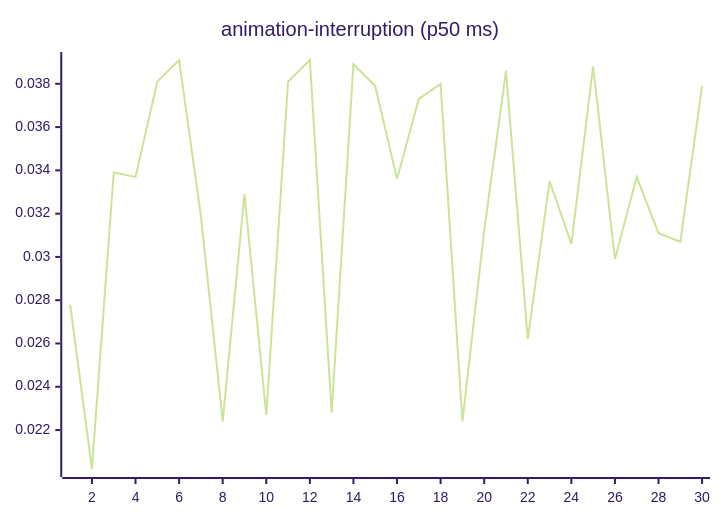
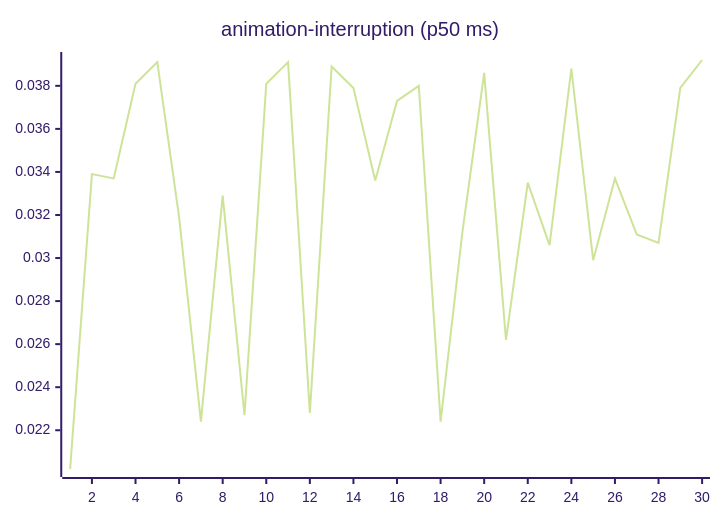
The third of 27 diagrams in README.md (josha/Facet), drawn with Mermaid (forest theme) before and after one commit. The commit also changed other lines of this file and 2 other files, not shown here.

````diff
--- a/README.md
+++ b/README.md
@@ -77,6 +77,6 @@
 ```mermaid
 xychart-beta
     title "animation-interruption (p50 ms)"
     x-axis 1 --> 30
-    line [0.0278, 0.0202, 0.0339, 0.0337, 0.0381, 0.0391, 0.0319, 0.0224, 0.0329, 0.0227, 0.0381, 0.0391, 0.0228, 0.0389, 0.0379, 0.0336, 0.0373, 0.0380, 0.0224, 0.0312, 0.0386, 0.0262, 0.0335, 0.0306, 0.0388, 0.0299, 0.0337, 0.0311, 0.0307, 0.0379]
+    line [0.0202, 0.0339, 0.0337, 0.0381, 0.0391, 0.0319, 0.0224, 0.0329, 0.0227, 0.0381, 0.0391, 0.0228, 0.0389, 0.0379, 0.0336, 0.0373, 0.0380, 0.0224, 0.0312, 0.0386, 0.0262, 0.0335, 0.0306, 0.0388, 0.0299, 0.0337, 0.0311, 0.0307, 0.0379, 0.0392]
 ```
````
